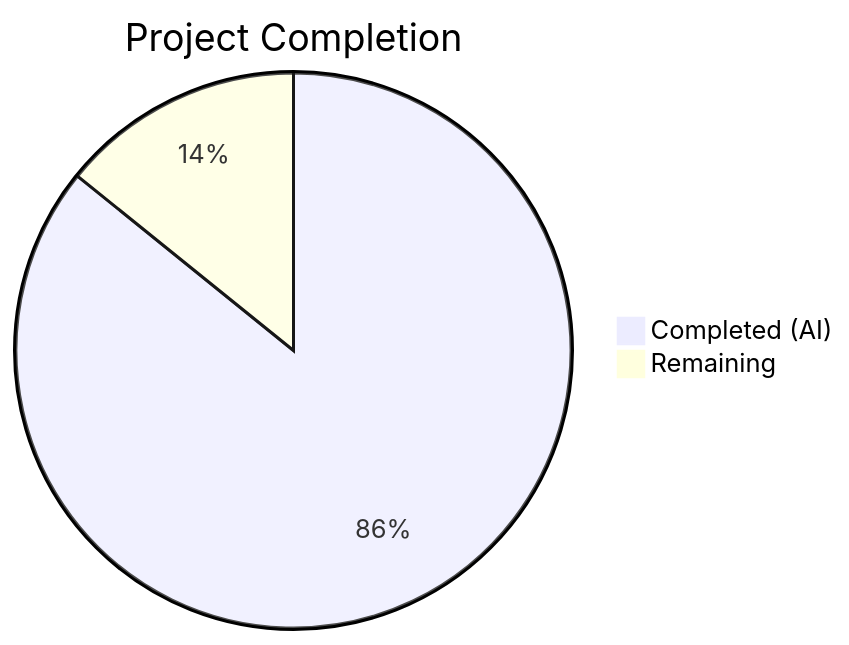
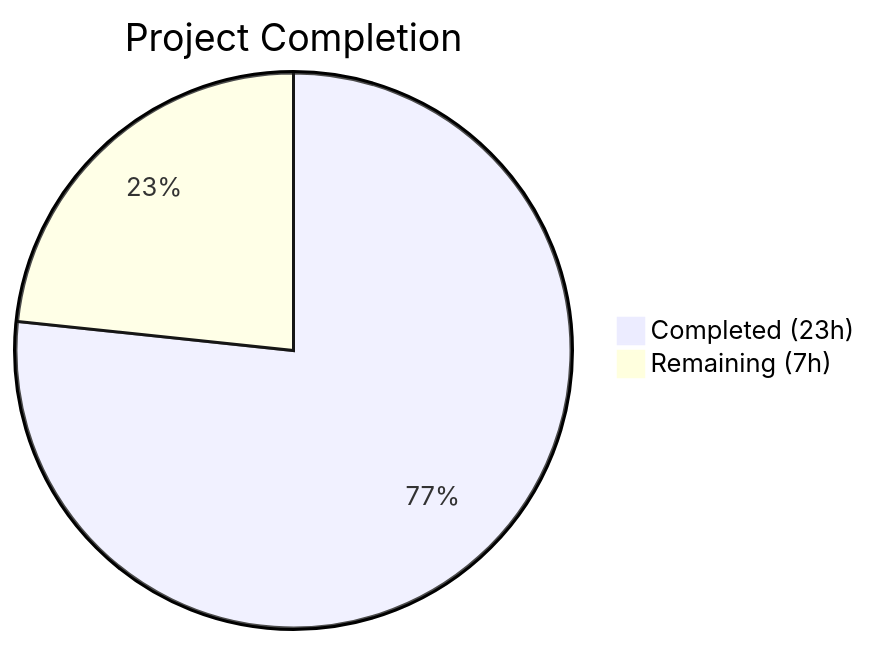
The first of 2 diagrams in blitzy/documentation/Project Guide.md (Blitzy-Sandbox/blitzy-cal), drawn with Mermaid before and after one commit. The commit also changed other lines of this file, not shown here.

Commit message:
Adding Blitzy Project Guide: Project Status and Human Tasks Remaining

````diff
--- a/blitzy/documentation/Project Guide.md
+++ b/blitzy/documentation/Project Guide.md
@@ -13,5 +11,5 @@
 ```mermaid
 pie title Project Completion
-    "Completed (AI)" : 127
-    "Remaining" : 21
+    "Completed (23h)" : 23
+    "Remaining (7h)" : 7
 ```
````
